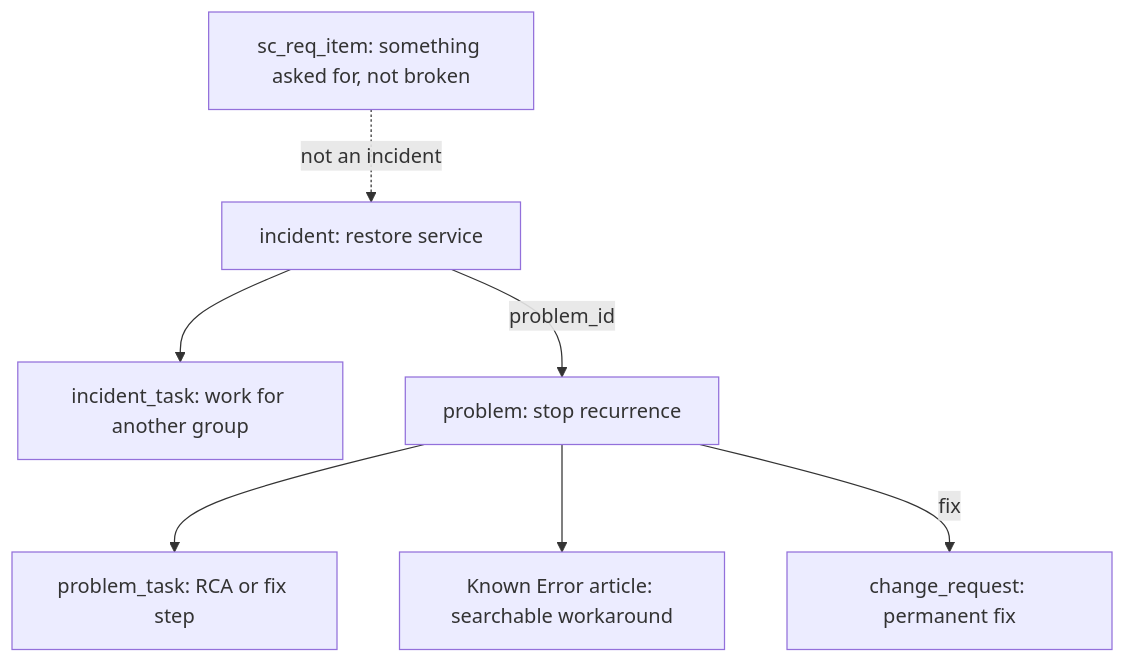
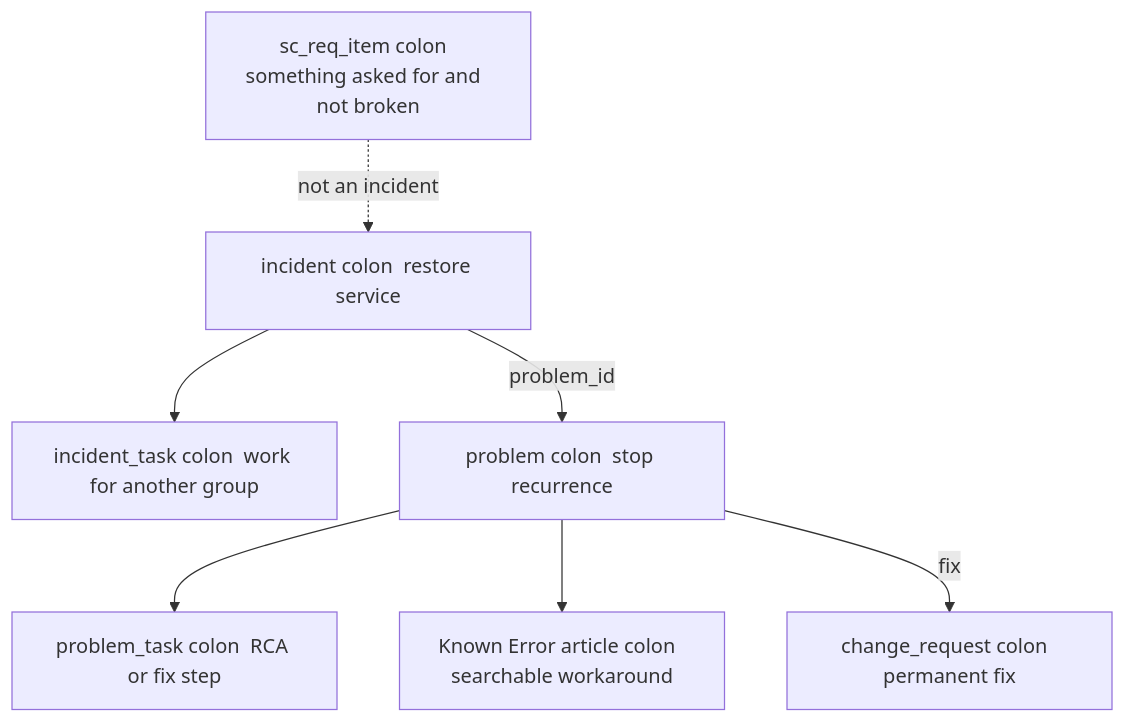
Before and after one commit to eltonaguiar/ServiceNow_Learning_TSOM-_CSM_FSM_SalesCRM_HAM_ITSM: the seventh of 8 diagrams in docs/modules/itsm/itsm-guide.md, drawn with Mermaid. The commit also changed other lines of this file and 19 other files, not shown here.

Commit message:
Fix all Mermaid diagram special characters - replace dollar, parens, slashes, quotes, pipes, nested brackets and other unsafe chars inside brackets with safe alternatives across 19 files

````diff
--- a/docs/modules/itsm/itsm-guide.md
+++ b/docs/modules/itsm/itsm-guide.md
@@ -818,17 +818,17 @@
 ```mermaid
 graph TD
-    INC[incident: restore service]
-    IT[incident_task: work for another group]
-    PR[problem: stop recurrence]
-    PT[problem_task: RCA or fix step]
-    KE[Known Error article: searchable workaround]
-    CH[change_request: permanent fix]
-    REQ[sc_req_item: something asked for, not broken]
+    INC[incident colon  restore service]
+    IT[incident_task colon  work for another group]
+    PR[problem colon  stop recurrence]
+    PT[problem_task colon  RCA or fix step]
+    KE[Known Error article colon  searchable workaround]
+    CH[change_request colon  permanent fix]
+    REQ[sc_req_item colon  something asked for and  not broken]
 
     INC -->|problem_id| PR
     INC --> IT
     PR --> PT
     PR --> KE
     PR -->|fix| CH
     REQ -.->|not an incident| INC
 ```
````
